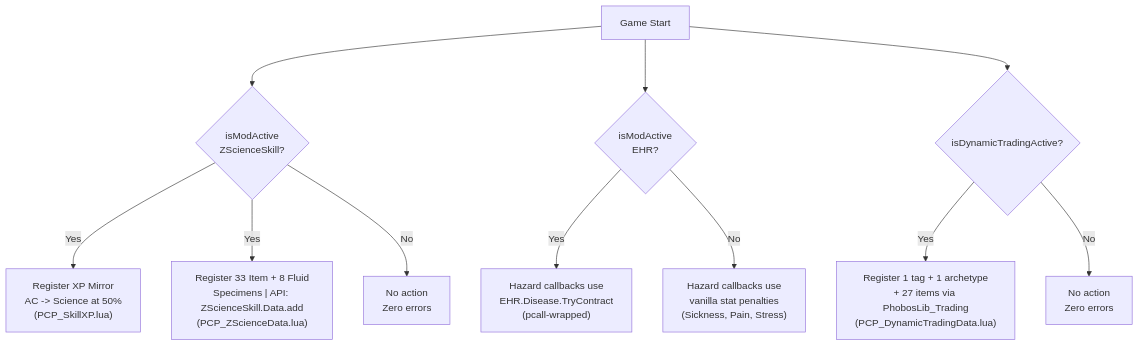
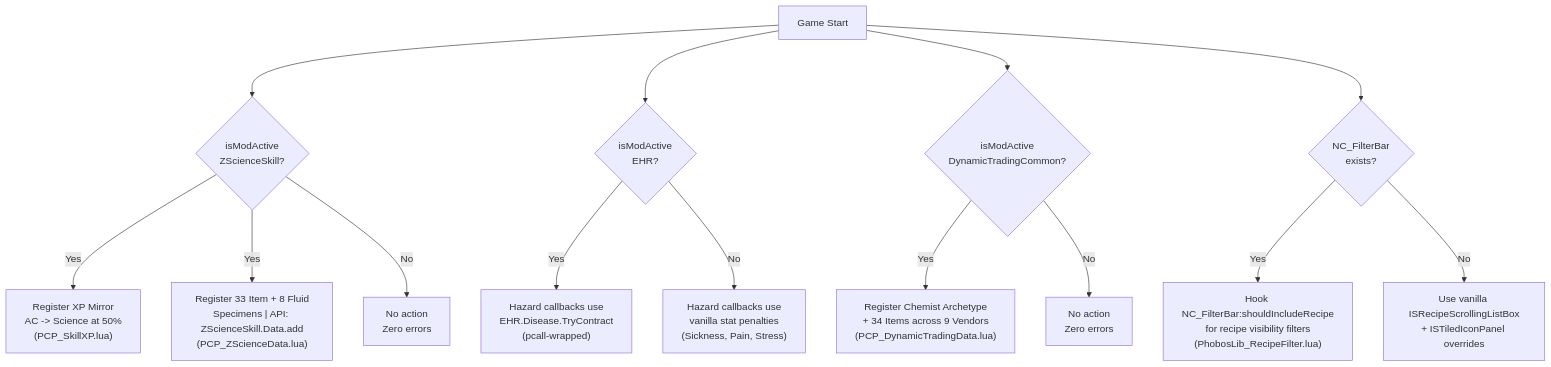
One commit to phobos-dthorga/mod-pz-chemistry-pathways changed the second of 2 diagrams in docs/diagrams/architecture.md. Above: the diagram before and after it, drawn with Mermaid. The commit also changed other lines of this file and 13 other files, not shown here.

Commit message:
docs: update documentation for v0.22.0 — changelog, README, mermaid diagrams, diagram docs, BBCode

````diff
--- a/docs/diagrams/architecture.md
+++ b/docs/diagrams/architecture.md
@@ -133,16 +77,21 @@
 ```mermaid
 graph TB
     START["Game Start"] --> CHECK_ZSS{"isModActive<br/>ZScienceSkill?"}
     START --> CHECK_EHR{"isModActive<br/>EHR?"}
-    START --> CHECK_DT{"isDynamicTradingActive?"}
 
     CHECK_ZSS -->|"Yes"| ZSS_INIT["Register XP Mirror<br/>AC -> Science at 50%<br/>(PCP_SkillXP.lua)"]
     CHECK_ZSS -->|"Yes"| ZSS_DATA["Register 33 Item + 8 Fluid<br/>Specimens | API: ZScienceSkill.Data.add<br/>(PCP_ZScienceData.lua)"]
     CHECK_ZSS -->|"No"| ZSS_SKIP["No action<br/>Zero errors"]
 
     CHECK_EHR -->|"Yes"| EHR_INIT["Hazard callbacks use<br/>EHR.Disease.TryContract<br/>(pcall-wrapped)"]
     CHECK_EHR -->|"No"| EHR_SKIP["Hazard callbacks use<br/>vanilla stat penalties<br/>(Sickness, Pain, Stress)"]
 
-    CHECK_DT -->|"Yes"| DT_INIT["Register 1 tag + 1 archetype<br/>+ 27 items via PhobosLib_Trading<br/>(PCP_DynamicTradingData.lua)"]
+    START --> CHECK_DT{"isModActive<br/>DynamicTradingCommon?"}
+    START --> CHECK_NC{"NC_FilterBar<br/>exists?"}
+
+    CHECK_DT -->|"Yes"| DT_INIT["Register Chemist Archetype<br/>+ 34 Items across 9 Vendors<br/>(PCP_DynamicTradingData.lua)"]
     CHECK_DT -->|"No"| DT_SKIP["No action<br/>Zero errors"]
+
+    CHECK_NC -->|"Yes"| NC_INIT["Hook NC_FilterBar:shouldIncludeRecipe<br/>for recipe visibility filters<br/>(PhobosLib_RecipeFilter.lua)"]
+    CHECK_NC -->|"No"| NC_SKIP["Use vanilla ISRecipeScrollingListBox<br/>+ ISTiledIconPanel overrides"]
 ```
````
